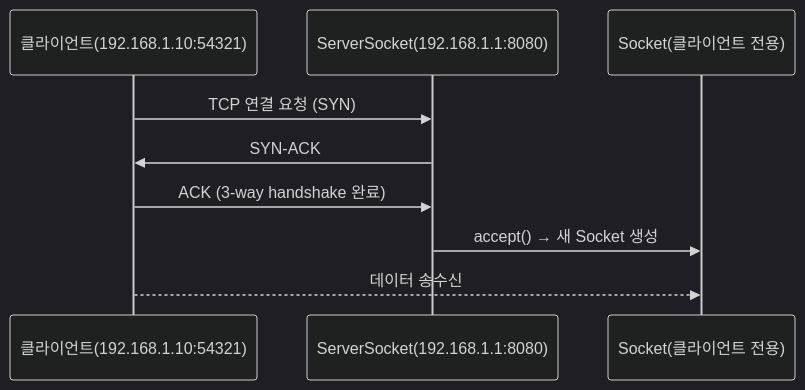
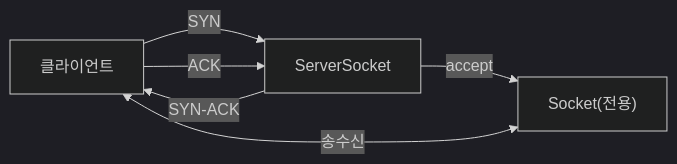
Before and after one commit to yjkim2015/yjkim2015.github.io: the second of 5 diagrams in _posts/java/2026-05-01-java-network.md, drawn with Mermaid (dark theme). The commit also changed other lines of this file and 163 other files, not shown here.

First line of the commit message:
Mermaid 300개 블록 내용 축소: 5노드 5엣지 이하, 의미 있는 약어

````diff
--- a/_posts/java/2026-05-01-java-network.md
+++ b/_posts/java/2026-05-01-java-network.md
@@ -35,11 +35,8 @@
 ```mermaid
-sequenceDiagram
-    participant C as 클라이언트(192.168.1.10:54321)
-    participant S as ServerSocket(192.168.1.1:8080)
-    participant CS as Socket(클라이언트 전용)
-    C->>S: TCP 연결 요청 (SYN)
-    S->>C: SYN-ACK
-    C->>S: ACK (3-way handshake 완료)
-    S->>CS: accept() → 새 Socket 생성
-    C-->>CS: 데이터 송수신
+graph LR
+    C["클라이언트"] -->|SYN| S["ServerSocket"]
+    S -->|SYN-ACK| C
+    C -->|ACK| S
+    S -->|accept| CS["Socket(전용)"]
+    C <-->|송수신| CS
 ```
````
